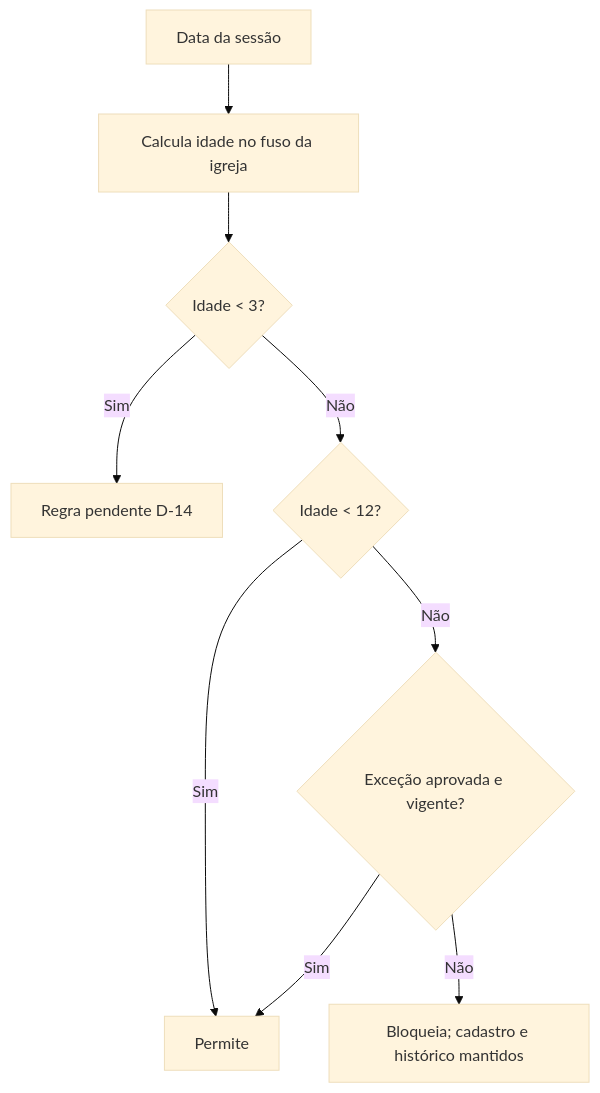
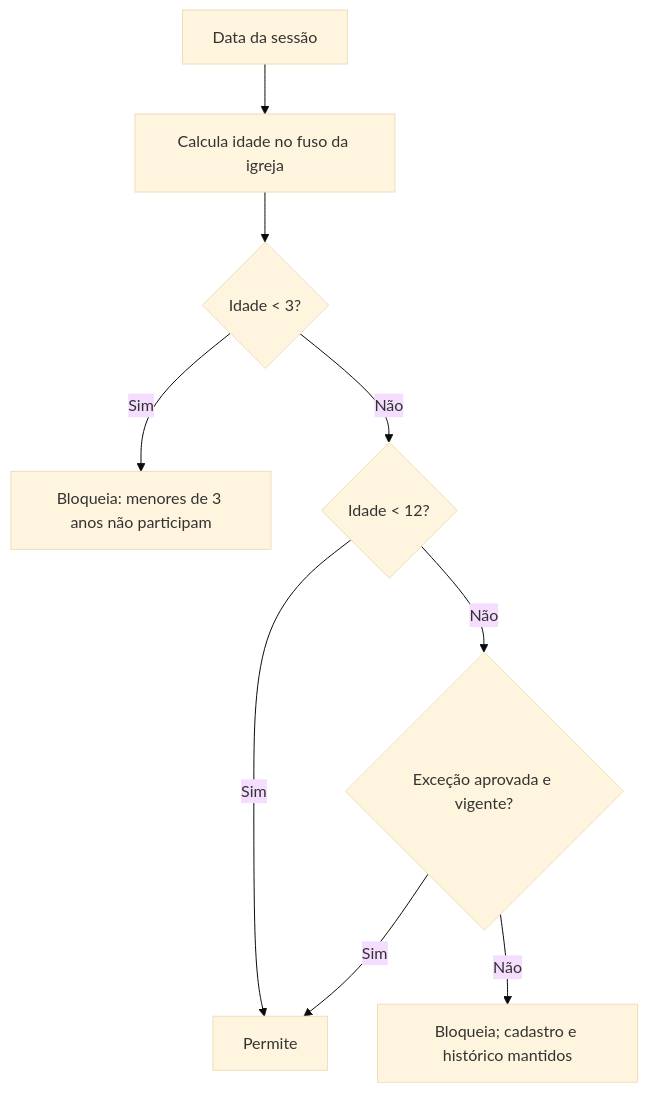
Before and after one commit to helesjunior/ccb-ebi: the diagram in docs/02-regras-de-negocio/elegibilidade-etaria.md, drawn with Mermaid (base theme). The commit also changed other lines of this file and 37 other files, not shown here.

````diff
--- a/docs/02-regras-de-negocio/elegibilidade-etaria.md
+++ b/docs/02-regras-de-negocio/elegibilidade-etaria.md
@@ -14,11 +14,11 @@
 ```mermaid
 flowchart TD
   A[Data da sessão] --> B[Calcula idade no fuso da igreja]
   B --> C{Idade < 3?}
-  C -- Sim --> D[Regra pendente D-14]
+  C -- Sim --> D[Bloqueia: menores de 3 anos não participam]
   C -- Não --> E{Idade < 12?}
   E -- Sim --> F[Permite]
   E -- Não --> G{Exceção aprovada e vigente?}
   G -- Sim --> F
   G -- Não --> H[Bloqueia; cadastro e histórico mantidos]
 ```
````
